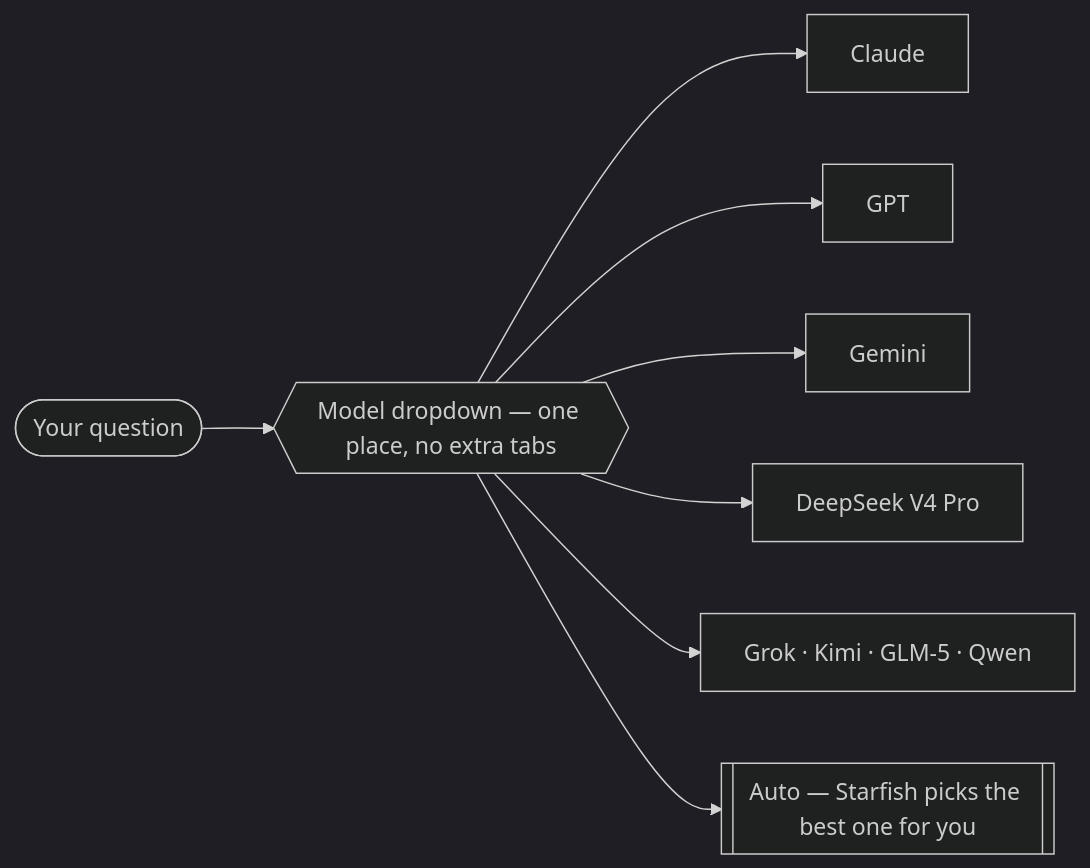
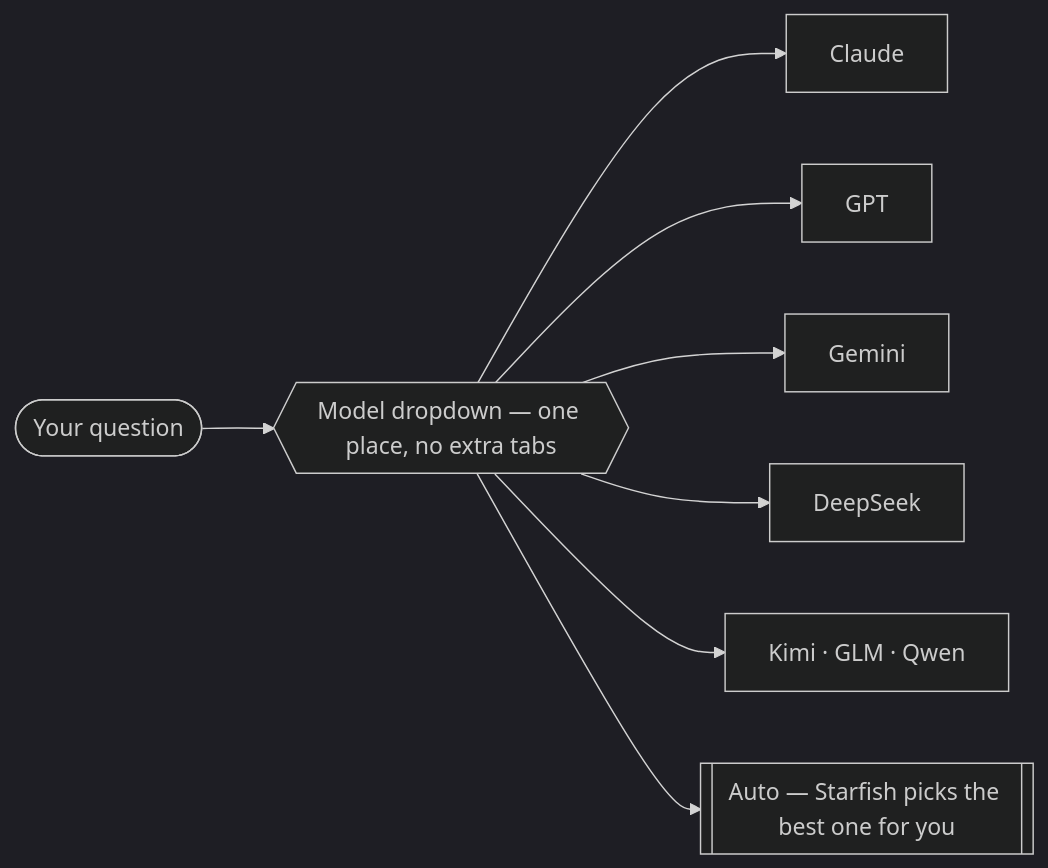
One commit to Starfish-Ad-Age/starfish-docs changed the diagram in docs/starfish-training/index.md. Above: the diagram before and after it, drawn with Mermaid (dark theme). The commit also changed other lines of this file and 27 other files, not shown here.

````diff
--- a/docs/starfish-training/index.md
+++ b/docs/starfish-training/index.md
@@ -50,10 +50,10 @@
 ```mermaid
 flowchart LR
     q(["Your question"]) --> dd{{"Model dropdown — one place, no extra tabs"}}
     dd --> claude["Claude"]
     dd --> gpt["GPT"]
     dd --> gemini["Gemini"]
-    dd --> deepseek["DeepSeek V4 Pro"]
-    dd --> others["Grok · Kimi · GLM-5 · Qwen"]
+    dd --> deepseek["DeepSeek"]
+    dd --> others["Kimi · GLM · Qwen"]
     dd --> auto[["Auto — Starfish picks the best one for you"]]
 ```
````
